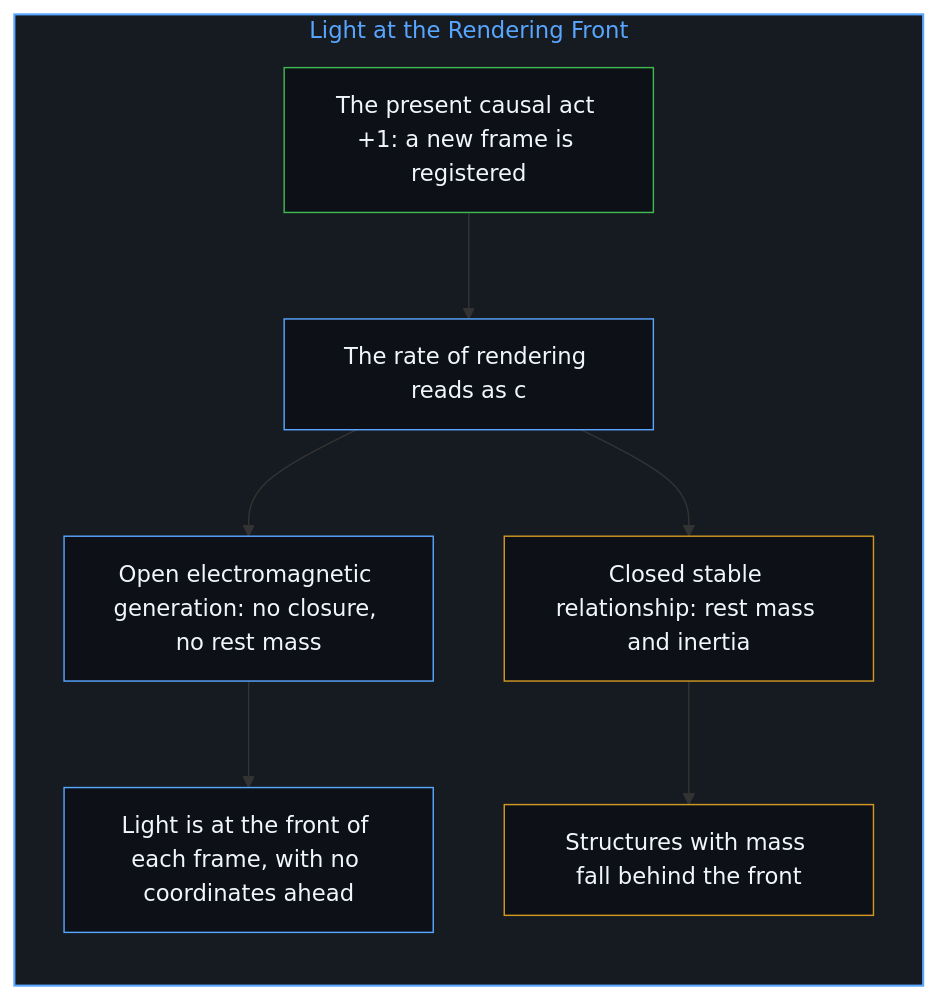
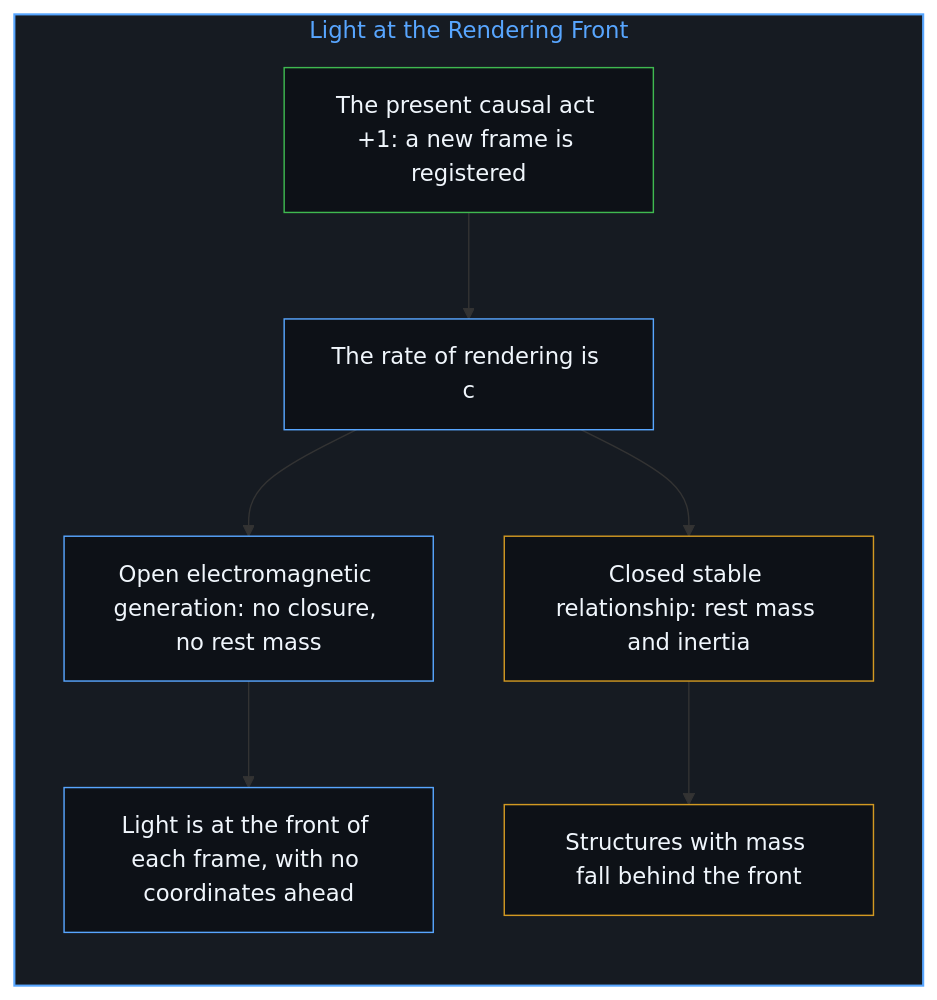
One commit to powerpig99/not-a-toe changed the second of 12 diagrams in content/posts/when-electrons-think.md. Above: the diagram before and after it, drawn with Mermaid. The commit also changed other lines of this file and 27 other files, not shown here.

````diff
--- a/content/posts/when-electrons-think.md
+++ b/content/posts/when-electrons-think.md
@@ -49,25 +48,24 @@
 ```mermaid
 flowchart TD
     subgraph S_Front["Light at the Rendering Front"]
         direction TB
         Act["The present causal act +1: a new frame is registered"]
-        Rate["The rate of rendering reads as c"]
+        Rate["The rate of rendering is c"]
         Open["Open electromagnetic generation: no closure, no rest mass"]
         Closed["Closed stable relationship: rest mass and inertia"]
         Front["Light is at the front of each frame, with no coordinates ahead"]
         Behind["Structures with mass fall behind the front"]
         Act --> Rate
         Rate --> Open
         Rate --> Closed
         Open --> Front
         Closed --> Behind
     end
-
     style S_Front fill:#161b22,stroke:#58a6ff,stroke-width:1.5px,color:#58a6ff
     style Act fill:#0d1117,stroke:#3fb950,stroke-width:1px,color:#f0f6fc
     style Rate fill:#0d1117,stroke:#58a6ff,stroke-width:1px,color:#f0f6fc
     style Open fill:#0d1117,stroke:#58a6ff,stroke-width:1px,color:#f0f6fc
     style Closed fill:#0d1117,stroke:#d29922,stroke-width:1px,color:#f0f6fc
     style Front fill:#0d1117,stroke:#58a6ff,stroke-width:1px,color:#f0f6fc
     style Behind fill:#0d1117,stroke:#d29922,stroke-width:1px,color:#f0f6fc
 ```
````
